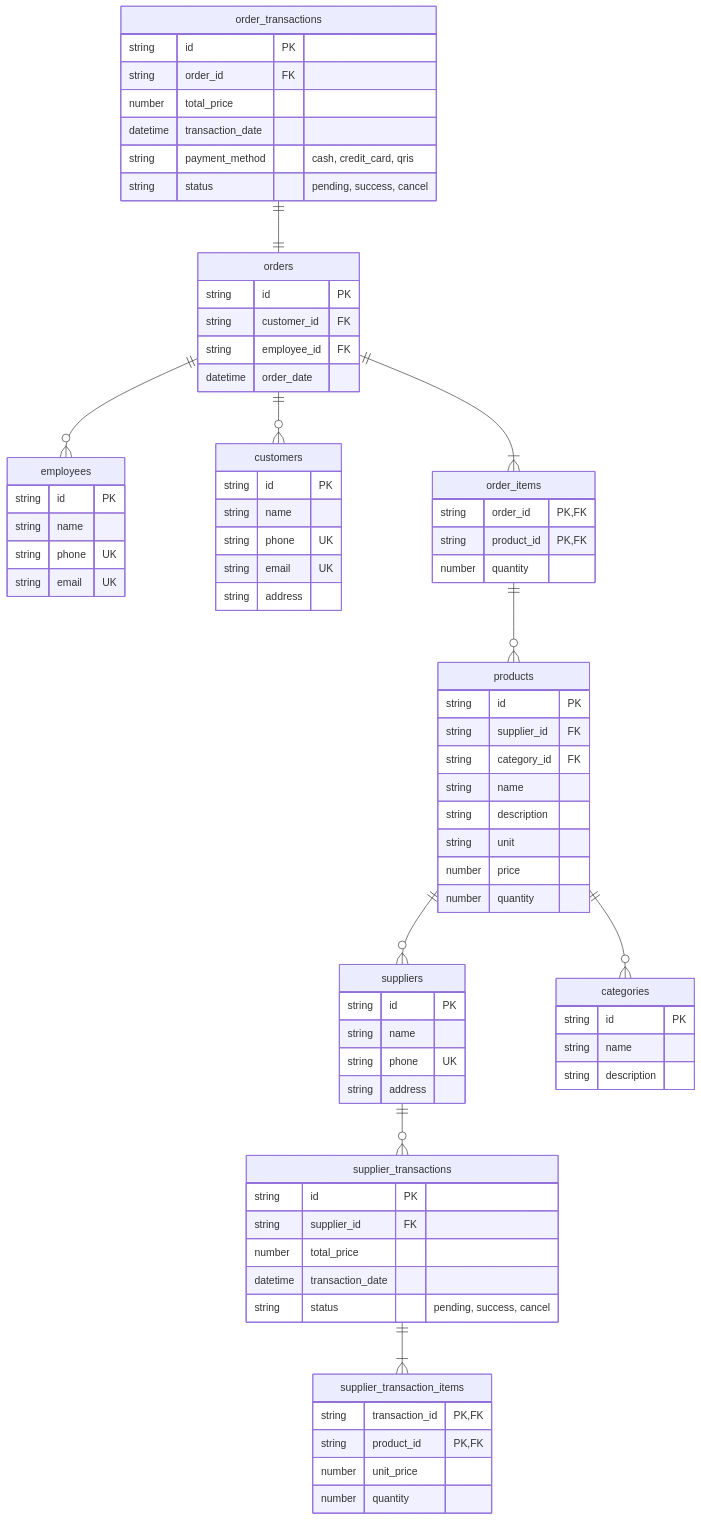
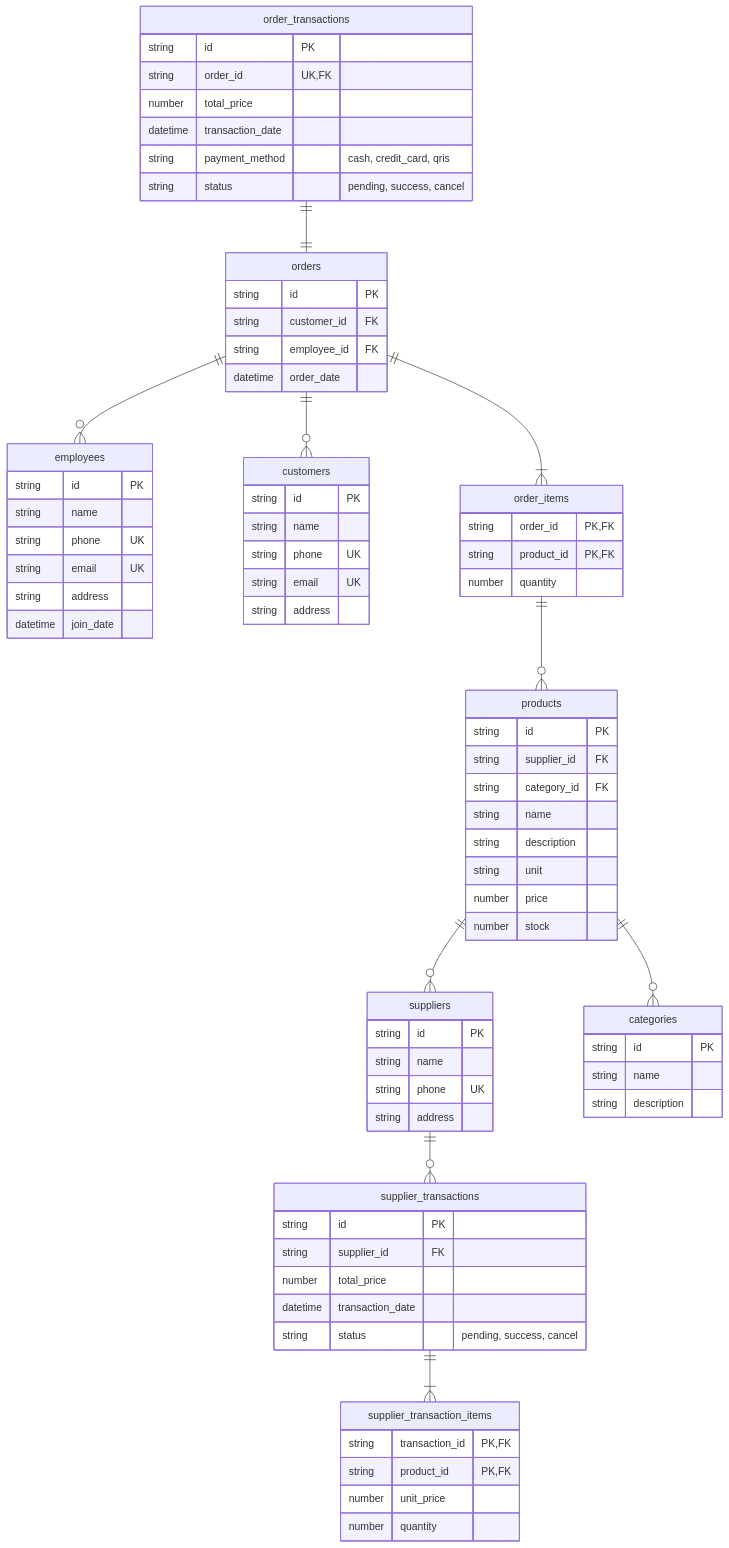
Before and after one commit to ardhptr21/SBD-2025-Modul-1: the diagram in README.md, drawn with Mermaid. The commit also changed other lines of this file, not shown here.

```diff
--- a/README.md
+++ b/README.md
@@ -17,6 +22,8 @@
     string name
     string phone UK
     string email UK
+    string address
+    datetime join_date
   }
 
   customers {
@@ -63,7 +70,7 @@
     string description
     string unit
     number price
-    number quantity
+    number stock
   }
 
   orders {
@@ -81,7 +88,7 @@
 
   order_transactions {
     string id PK
-    string order_id FK
+    string order_id UK, FK 
     number total_price
     datetime transaction_date
     string payment_method "cash, credit_card, qris"
```
